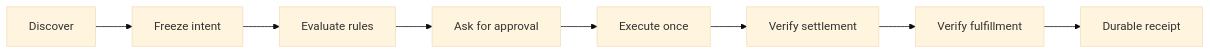
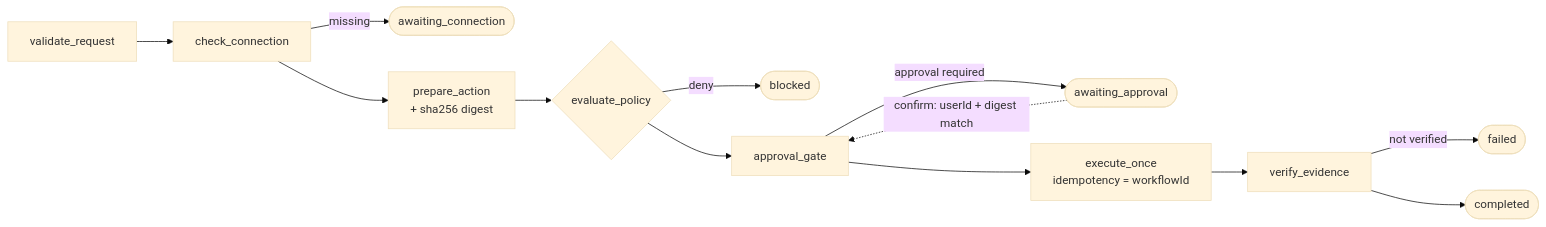
The second of 3 diagrams in README.md (CaBsCrypto/agente-asistente), drawn with Mermaid (base theme) before and after one commit. The commit also changed other lines of this file and 1 other file, not shown here.

```diff
--- a/README.md
+++ b/README.md
@@ -157,10 +161,15 @@
 ~~~mermaid
 flowchart LR
-    D["Discover"] --> I["Freeze intent"]
-    I --> R["Evaluate rules"]
-    R --> A["Ask for approval"]
-    A --> E["Execute once"]
-    E --> V["Verify settlement"]
-    V --> F["Verify fulfillment"]
-    F --> X["Durable receipt"]
+    A["validate_request"] --> B["check_connection"]
+    B -->|missing| B1(["awaiting_connection"])
+    B --> C["prepare_action<br/>+ sha256 digest"]
+    C --> D{"evaluate_policy"}
+    D -->|deny| D1(["blocked"])
+    D --> E["approval_gate"]
+    E -->|approval required| E1(["awaiting_approval"])
+    E1 -.->|"confirm: userId + digest match"| E
+    E --> F["execute_once<br/>idempotency = workflowId"]
+    F --> G["verify_evidence"]
+    G -->|not verified| G1(["failed"])
+    G --> H(["completed"])
 ~~~
```
